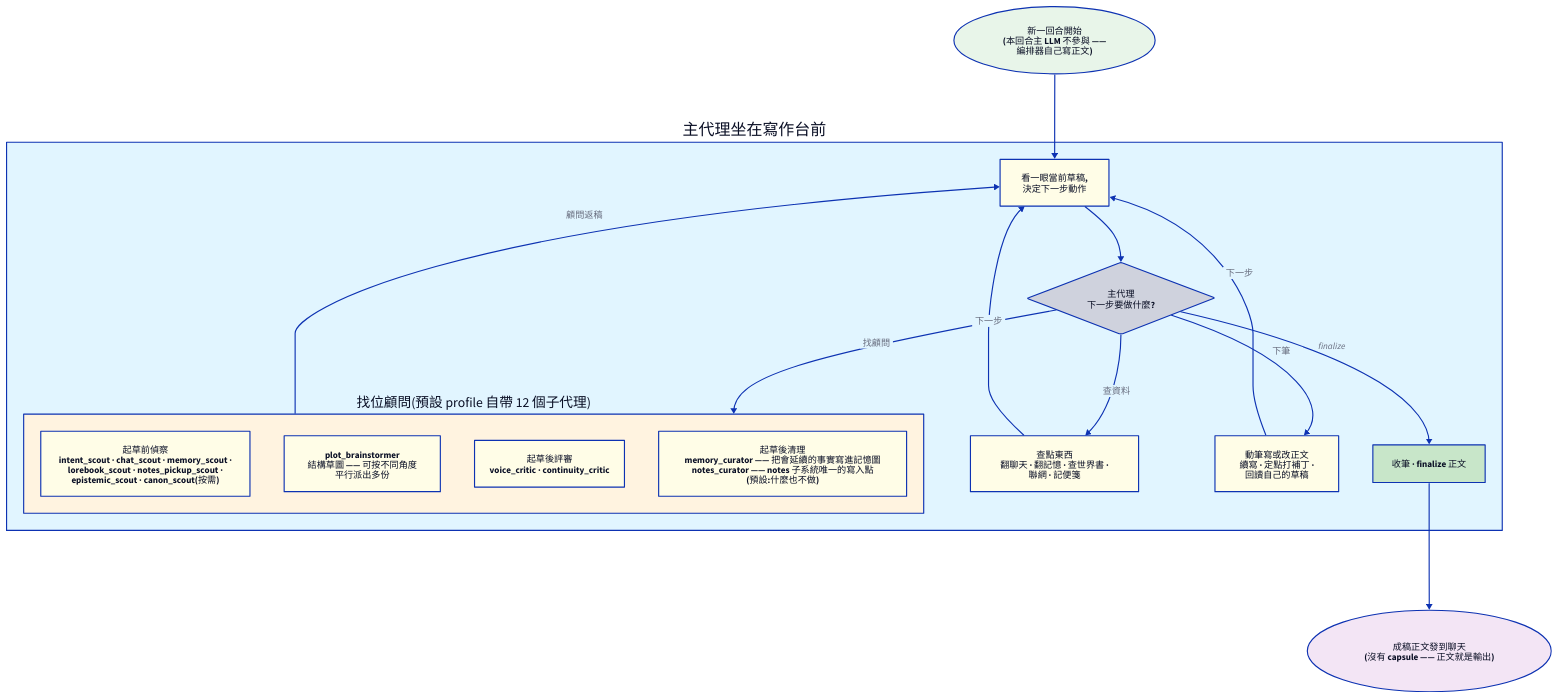
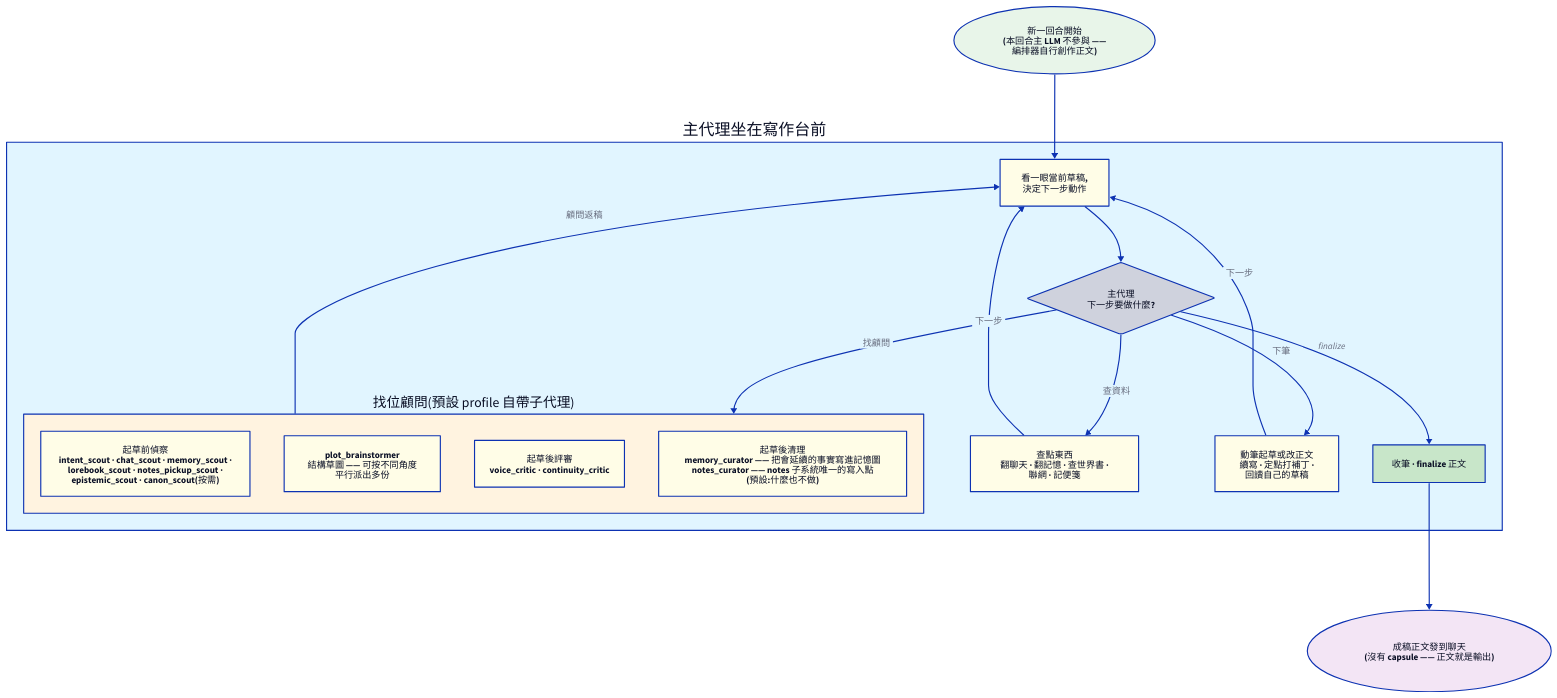
One commit to LaceLetho/Luker changed the diagram in docs/zh-TW/features/orchestrator/director.md. Above: the diagram before and after it, drawn with D2. The commit also changed other lines of this file and 257 other files, not shown here.

````diff
--- a/docs/zh-TW/features/orchestrator/director.md
+++ b/docs/zh-TW/features/orchestrator/director.md
@@ -86,65 +86,65 @@
 ```d2
 direction: down
 
-start: "新一回合開始\n(本回合主 LLM 不參與 ——\n編排器自己寫正文)" {
+start: "新一回合開始\n(本回合主 LLM 不參與 ——\n編排器自行創作正文)" {
   shape: oval
   style.fill: "#e8f5e9"
 }
 
 loop: "主代理坐在寫作台前" {
   style.fill: "#e1f5ff"
 
   think: "看一眼當前草稿,\n決定下一步動作" {
     style.fill: "#fffde7"
   }
 
   decide: "主代理\n下一步要做什麼?" {
     shape: diamond
   }
 
-  consult: "找位顧問(預設 profile 自帶 12 個子代理)" {
+  consult: "找位顧問(預設 profile 自帶子代理)" {
     style.fill: "#fff3e0"
     pre: "起草前偵察\nintent_scout · chat_scout · memory_scout ·\nlorebook_scout · notes_pickup_scout ·\nepistemic_scout · canon_scout(按需)" {
       style.fill: "#fffde7"
     }
     mid: "plot_brainstormer\n結構草圖 —— 可按不同角度\n平行派出多份" {
       style.fill: "#fffde7"
     }
     post: "起草後評審\nvoice_critic · continuity_critic" {
       style.fill: "#fffde7"
     }
     housekeeping: "起草後清理\nmemory_curator —— 把會延續的事實寫進記憶圖\nnotes_curator —— notes 子系統唯一的寫入點\n(預設:什麼也不做)" {
       style.fill: "#fffde7"
     }
   }
 
   research: "查點東西\n翻聊天 · 翻記憶 · 查世界書 ·\n聯網 · 記便箋" {
     style.fill: "#fffde7"
   }
 
-  write: "動筆寫或改正文\n續寫 · 定點打補丁 ·\n回讀自己的草稿" {
+  write: "動筆起草或改正文\n續寫 · 定點打補丁 ·\n回讀自己的草稿" {
     style.fill: "#fffde7"
   }
 
   finalize: "收筆 · finalize 正文" {
     style.fill: "#c8e6c9"
   }
 
   think -> decide
   decide -> consult: "找顧問"
   decide -> research: "查資料"
   decide -> write: "下筆"
   decide -> finalize: "finalize"
   consult -> think: "顧問返稿"
   research -> think: "下一步"
   write -> think: "下一步"
 }
 
 out: "成稿正文發到聊天\n(沒有 capsule —— 正文就是輸出)" {
   shape: oval
   style.fill: "#f3e5f5"
 }
 
 start -> loop.think
 loop.finalize -> out
 ```
````
